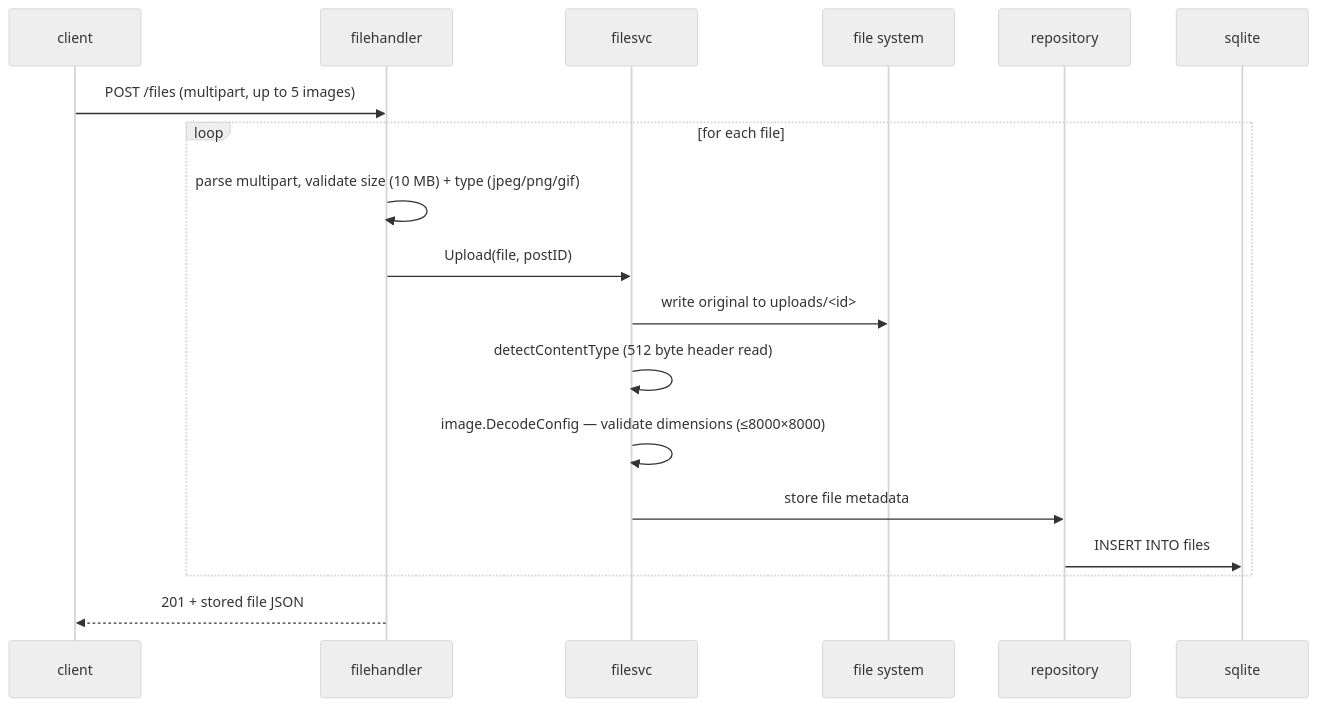
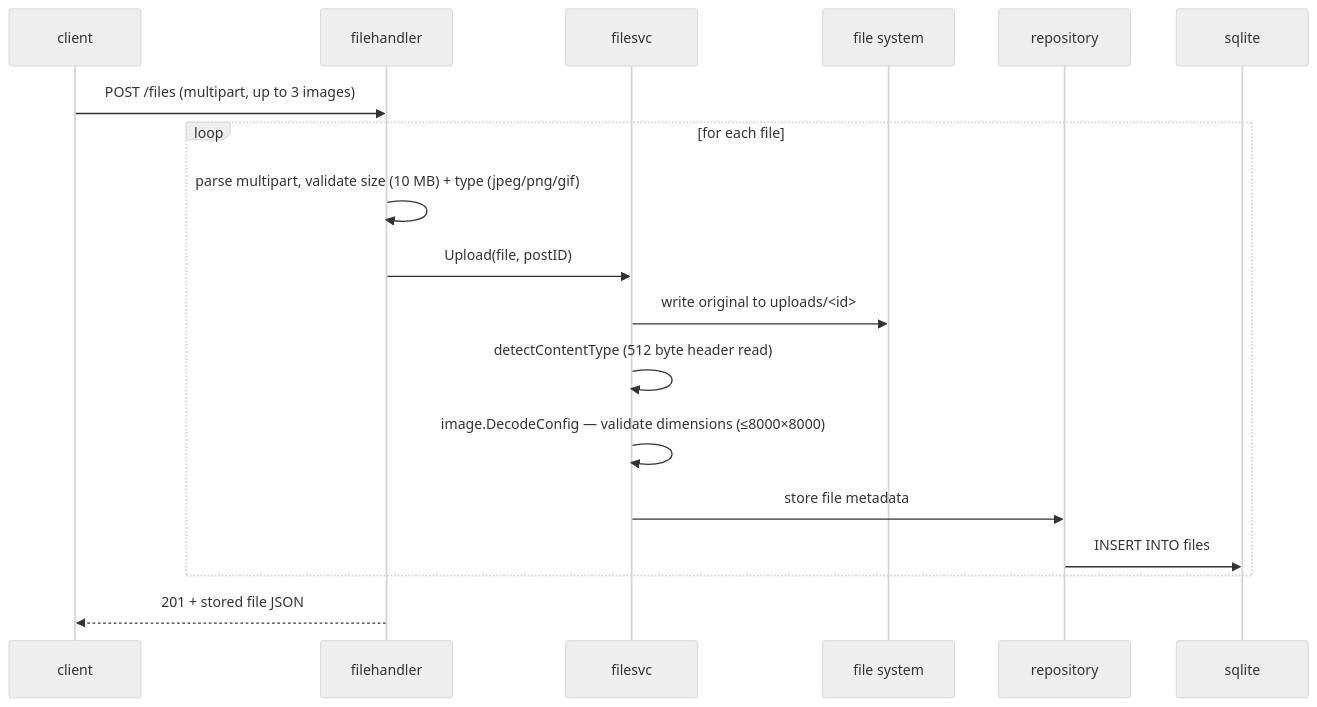
One commit to chentaymane/Social changed the fifth of 9 diagrams in backend/readme.md. Above: the diagram before and after it, drawn with Mermaid (neutral theme). The commit also changed other lines of this file and 12 other files, not shown here.

````diff
--- a/backend/readme.md
+++ b/backend/readme.md
@@ -188,21 +188,21 @@
 ```mermaid
 sequenceDiagram
     participant C as client
     participant H as filehandler
     participant S as filesvc
     participant F as file system
     participant R as repository
     participant DB as sqlite
 
-    C->>H: POST /files (multipart, up to 5 images)
+    C->>H: POST /files (multipart, up to 3 images)
     loop for each file
         H->>H: parse multipart, validate size (10 MB) + type (jpeg/png/gif)
         H->>S: Upload(file, postID)
         S->>F: write original to uploads/<id>
         S->>S: detectContentType (512 byte header read)
         S->>S: image.DecodeConfig — validate dimensions (≤8000×8000)
         S->>R: store file metadata
         R->>DB: INSERT INTO files
     end
     H-->>C: 201 + stored file JSON
 ```
````
